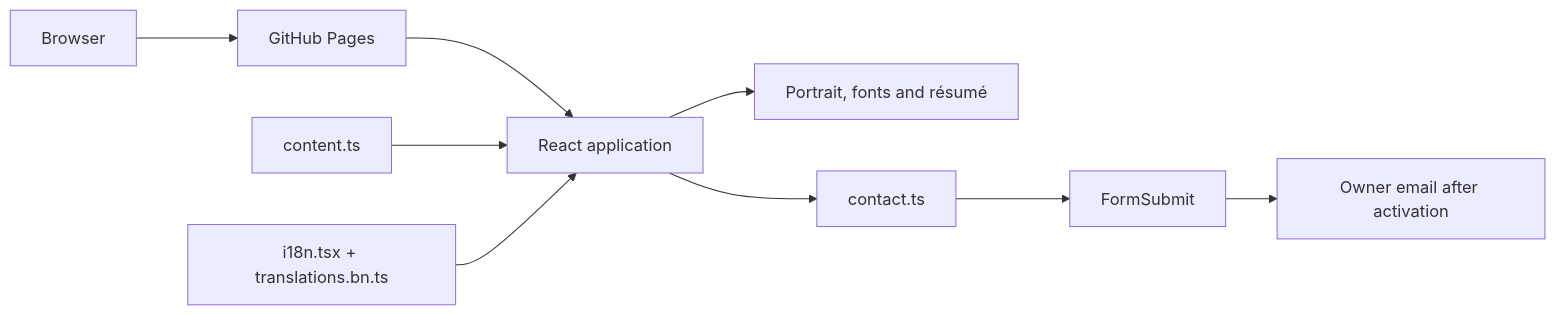
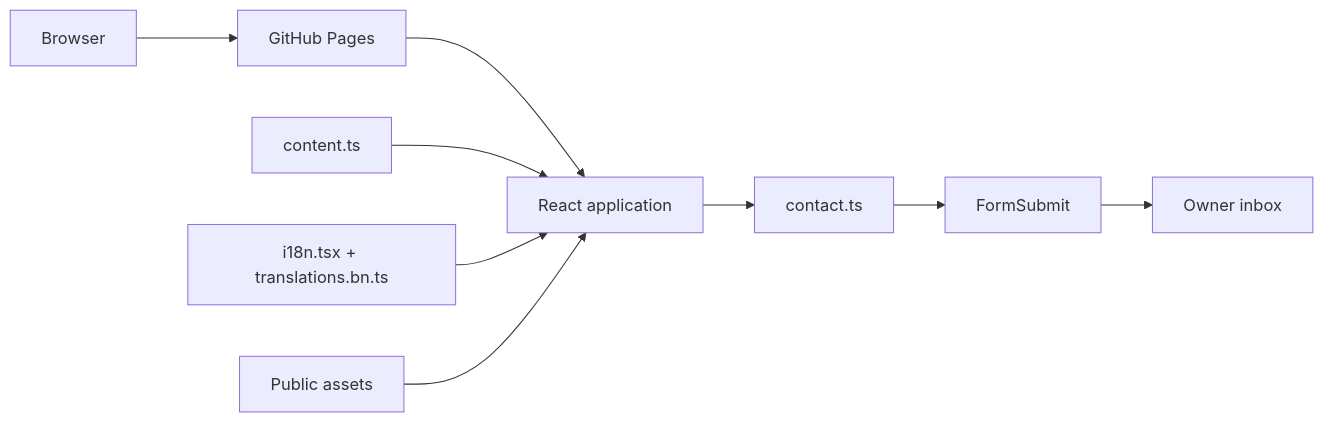
The diagram in docs/ARCHITECTURE.md (rktuhinbd/portfolio), drawn with Mermaid before and after one commit. The commit also changed other lines of this file and 20 other files, not shown here.

````diff
--- a/docs/ARCHITECTURE.md
+++ b/docs/ARCHITECTURE.md
@@ -7,11 +11,11 @@
 ```mermaid
 flowchart LR
   Visitor[Browser] --> Pages[GitHub Pages]
-  Pages --> React[React application]
-  Content[content.ts] --> React
-  Locale[i18n.tsx + translations.bn.ts] --> React
-  React --> Assets[Portrait, fonts and résumé]
-  React --> Contact[contact.ts]
-  Contact --> FormSubmit[FormSubmit]
-  FormSubmit --> Inbox[Owner email after activation]
+  Pages --> App[React application]
+  Content[content.ts] --> App
+  Locale[i18n.tsx + translations.bn.ts] --> App
+  Assets[Public assets] --> App
+  App --> Contact[contact.ts]
+  Contact --> Provider[FormSubmit]
+  Provider --> Inbox[Owner inbox]
 ```
````
